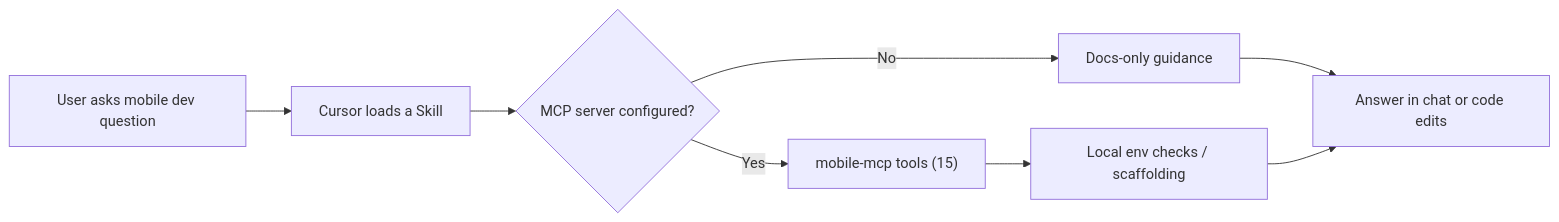
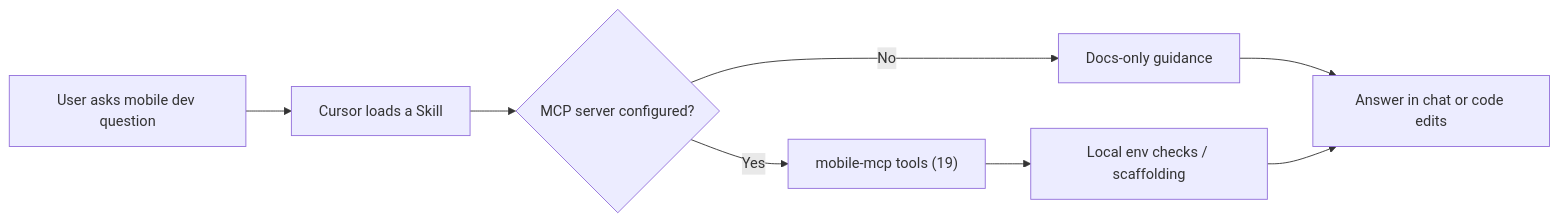
The diagram in README.md (TMHSDigital/Mobile-App-Developer-Tools), drawn with Mermaid before and after one commit. The commit also changed other lines of this file and 17 other files, not shown here.

First line of the commit message:
v0.7.0: Grow & Measure - 24 skills, 7 rules, 19 MCP tools

````diff
--- a/README.md
+++ b/README.md
@@ -60,10 +60,10 @@
 ```mermaid
 flowchart LR
     A[User asks mobile dev question] --> B[Cursor loads a Skill]
     B --> C{MCP server configured?}
-    C -->|Yes| D["mobile-mcp tools (15)"]
+    C -->|Yes| D["mobile-mcp tools (19)"]
     C -->|No| E[Docs-only guidance]
     D --> F[Local env checks / scaffolding]
     E --> G[Answer in chat or code edits]
     F --> G
 ```
````
